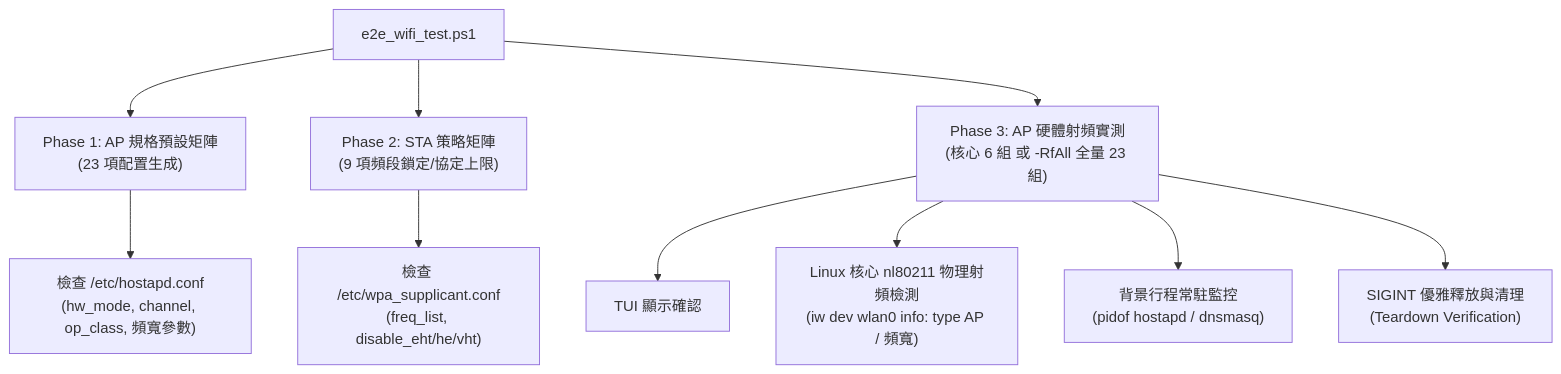
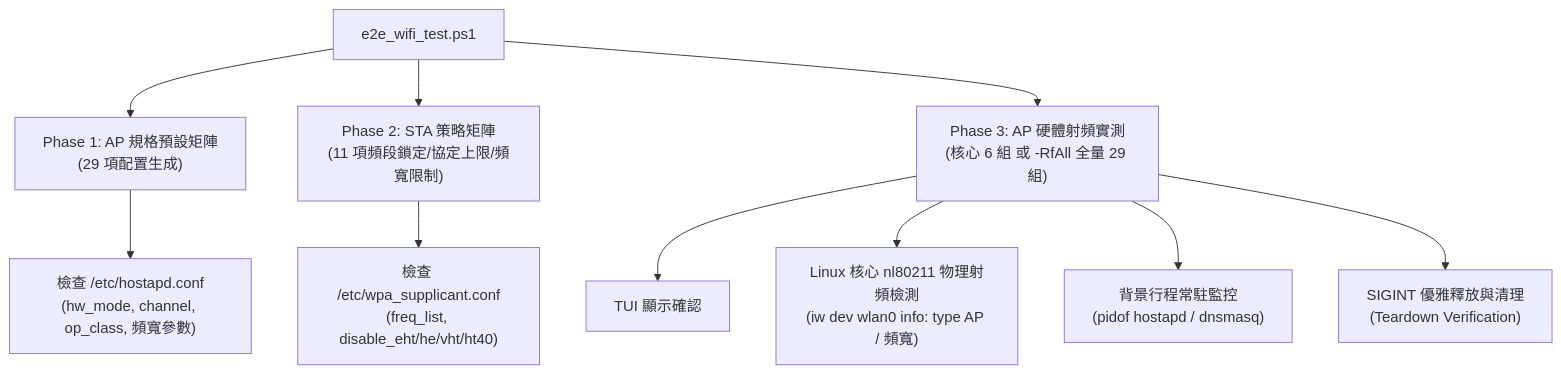
One commit to jameswtchang/QWiFiTestTool changed the diagram in scripts/README.md. Above: the diagram before and after it, drawn with Mermaid. The commit also changed other lines of this file and 7 other files, not shown here.

````diff
--- a/scripts/README.md
+++ b/scripts/README.md
@@ -13,13 +13,13 @@
 ```mermaid
 flowchart TD
-    A["e2e_wifi_test.ps1"] --> B["Phase 1: AP 規格預設矩陣<br/>(23 項配置生成)"]
-    A --> C["Phase 2: STA 策略矩陣<br/>(9 項頻段鎖定/協定上限)"]
-    A --> D["Phase 3: AP 硬體射頻實測<br/>(核心 6 組 或 -RfAll 全量 23 組)"]
+    A["e2e_wifi_test.ps1"] --> B["Phase 1: AP 規格預設矩陣<br/>(29 項配置生成)"]
+    A --> C["Phase 2: STA 策略矩陣<br/>(11 項頻段鎖定/協定上限/頻寬限制)"]
+    A --> D["Phase 3: AP 硬體射頻實測<br/>(核心 6 組 或 -RfAll 全量 29 組)"]
 
     B --> B1["檢查 /etc/hostapd.conf<br/>(hw_mode, channel, op_class, 頻寬參數)"]
-    C --> C1["檢查 /etc/wpa_supplicant.conf<br/>(freq_list, disable_eht/he/vht)"]
+    C --> C1["檢查 /etc/wpa_supplicant.conf<br/>(freq_list, disable_eht/he/vht/ht40)"]
     D --> D1["TUI 顯示確認"]
     D --> D2["Linux 核心 nl80211 物理射頻檢測<br/>(iw dev wlan0 info: type AP / 頻寬)"]
     D --> D3["背景行程常駐監控<br/>(pidof hostapd / dnsmasq)"]
     D --> D4["SIGINT 優雅釋放與清理<br/>(Teardown Verification)"]
 ```
````
